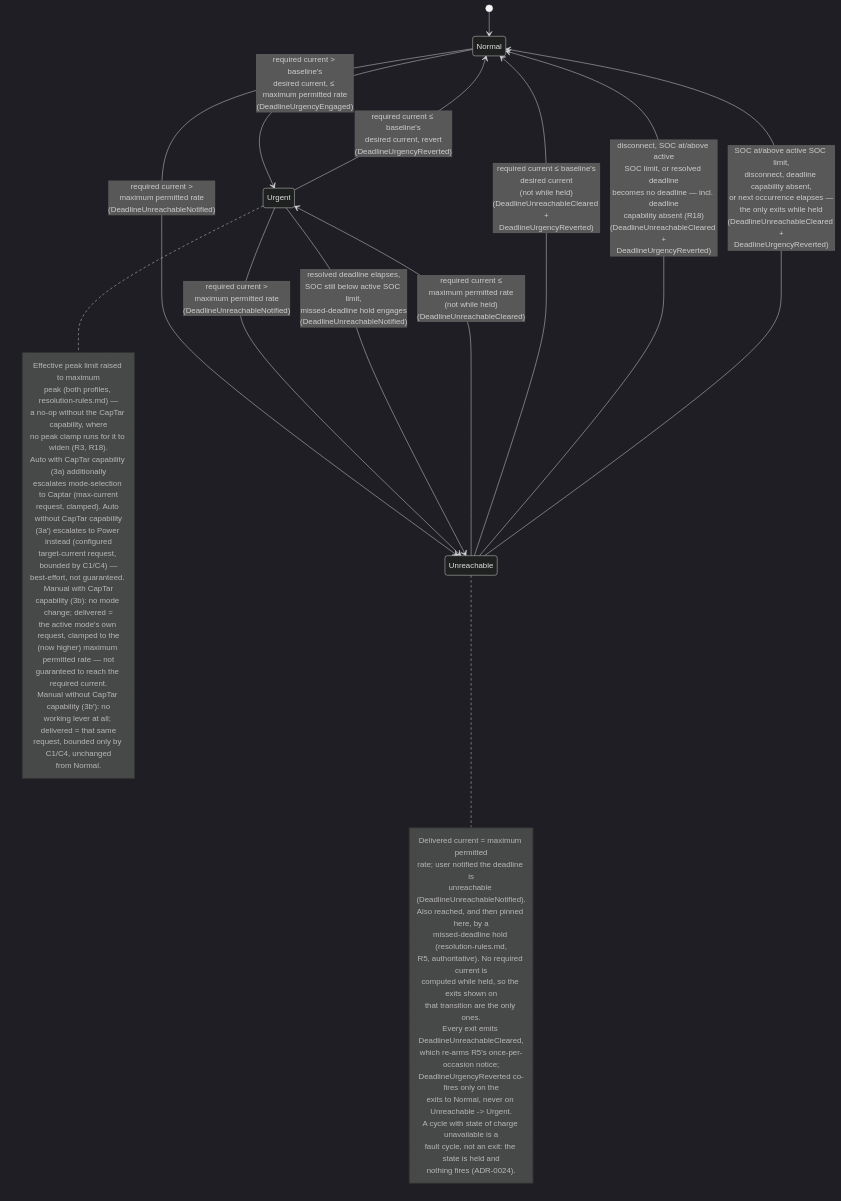
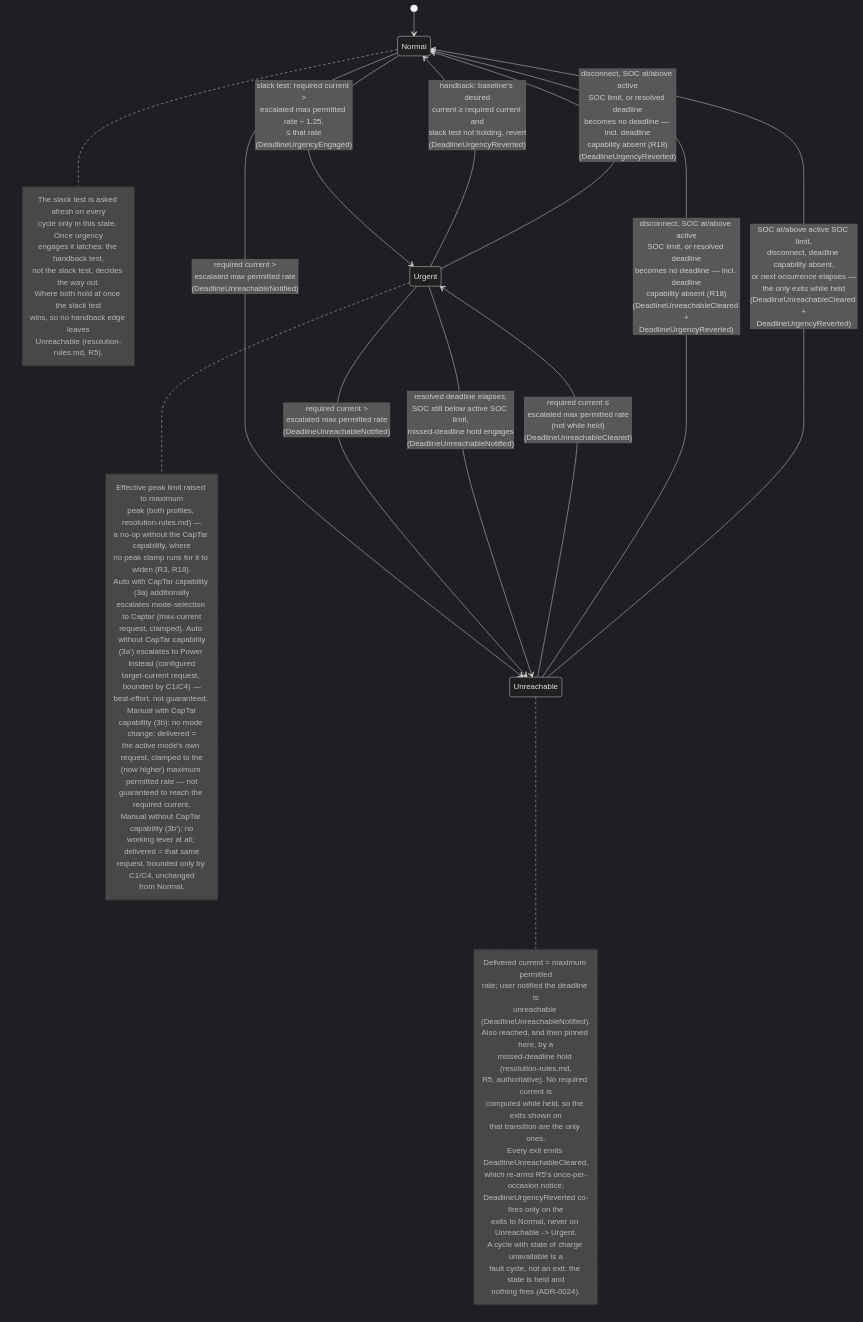
One commit to kristofdegrave/homeassistant-smart-charging changed the diagram in docs/analysis/use-cases/UC05-guarantee-ready-by-departure.md. Above: the diagram before and after it, drawn with Mermaid (dark theme). The commit also changed other lines of this file and 6 other files, not shown here.

First line of the commit message:
requirement: judge R5 urgency on deadline slack, not on the baseline mode (#1062)

````diff
--- a/docs/analysis/use-cases/UC05-guarantee-ready-by-departure.md
+++ b/docs/analysis/use-cases/UC05-guarantee-ready-by-departure.md
@@ -110,50 +111,59 @@
 ```mermaid
 stateDiagram-v2
     [*] --> Normal
-    Normal --> Urgent: required current > baseline's<br/>desired current, ≤ maximum permitted rate<br/>(DeadlineUrgencyEngaged)
-    Normal --> Unreachable: required current ><br/>maximum permitted rate<br/>(DeadlineUnreachableNotified)
-    Urgent --> Normal: required current ≤ baseline's<br/>desired current, revert<br/>(DeadlineUrgencyReverted)
-    Urgent --> Unreachable: required current ><br/>maximum permitted rate<br/>(DeadlineUnreachableNotified)
+    Normal --> Urgent: slack test: required current ><br/>escalated max permitted rate ÷ 1.25,<br/>≤ that rate<br/>(DeadlineUrgencyEngaged)
+    Normal --> Unreachable: required current ><br/>escalated max permitted rate<br/>(DeadlineUnreachableNotified)
+    Urgent --> Normal: handback: baseline's desired<br/>current ≥ required current and<br/>slack test not holding, revert<br/>(DeadlineUrgencyReverted)
+    Urgent --> Unreachable: required current ><br/>escalated max permitted rate<br/>(DeadlineUnreachableNotified)
     Urgent --> Unreachable: resolved deadline elapses,<br/>SOC still below active SOC limit,<br/>missed-deadline hold engages<br/>(DeadlineUnreachableNotified)
-    Unreachable --> Urgent: required current ≤<br/>maximum permitted rate<br/>(not while held)<br/>(DeadlineUnreachableCleared)
-    Unreachable --> Normal: required current ≤ baseline's<br/>desired current<br/>(not while held)<br/>(DeadlineUnreachableCleared +<br/>DeadlineUrgencyReverted)
+    Urgent --> Normal: disconnect, SOC at/above active<br/>SOC limit, or resolved deadline<br/>becomes no deadline — incl. deadline<br/>capability absent (R18)<br/>(DeadlineUrgencyReverted)
+    Unreachable --> Urgent: required current ≤<br/>escalated max permitted rate<br/>(not while held)<br/>(DeadlineUnreachableCleared)
     Unreachable --> Normal: disconnect, SOC at/above active<br/>SOC limit, or resolved deadline<br/>becomes no deadline — incl. deadline<br/>capability absent (R18)<br/>(DeadlineUnreachableCleared +<br/>DeadlineUrgencyReverted)
     Unreachable --> Normal: SOC at/above active SOC limit,<br/>disconnect, deadline capability absent,<br/>or next occurrence elapses —<br/>the only exits while held<br/>(DeadlineUnreachableCleared +<br/>DeadlineUrgencyReverted)
+    note right of Normal
+        The slack test is asked afresh on every
+        cycle only in this state. Once urgency
+        engages it latches: the handback test,
+        not the slack test, decides the way out.
+        Where both hold at once the slack test
+        wins, so no handback edge leaves
+        Unreachable (resolution-rules.md, R5).
+    end note
     note right of Urgent
         Effective peak limit raised to maximum
         peak (both profiles, resolution-rules.md) —
         a no-op without the CapTar capability, where
         no peak clamp runs for it to widen (R3, R18).
         Auto with CapTar capability (3a) additionally
         escalates mode-selection to Captar (max-current
         request, clamped). Auto without CapTar capability
         (3a′) escalates to Power instead (configured
         target-current request, bounded by C1/C4) —
         best-effort, not guaranteed. Manual with CapTar
         capability (3b): no mode change; delivered =
         the active mode's own request, clamped to the
         (now higher) maximum permitted rate — not
         guaranteed to reach the required current.
         Manual without CapTar capability (3b′): no
         working lever at all; delivered = that same
         request, bounded only by C1/C4, unchanged
         from Normal.
     end note
     note right of Unreachable
         Delivered current = maximum permitted
         rate; user notified the deadline is
         unreachable (DeadlineUnreachableNotified).
         Also reached, and then pinned here, by a
         missed-deadline hold (resolution-rules.md,
         R5, authoritative). No required current is
         computed while held, so the exits shown on
         that transition are the only ones.
         Every exit emits DeadlineUnreachableCleared,
         which re-arms R5's once-per-occasion notice;
         DeadlineUrgencyReverted co-fires only on the
         exits to Normal, never on Unreachable -> Urgent.
         A cycle with state of charge unavailable is a
         fault cycle, not an exit: the state is held and
         nothing fires (ADR-0024).
     end note
 ```
````
